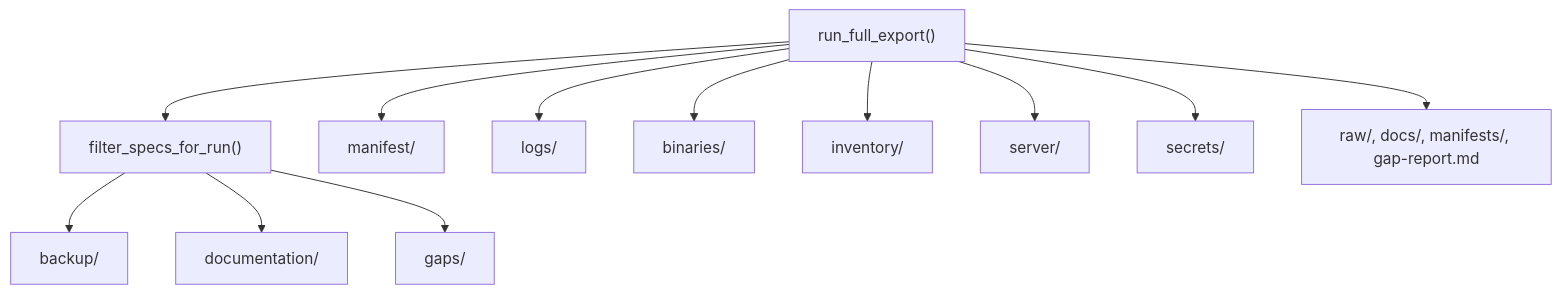
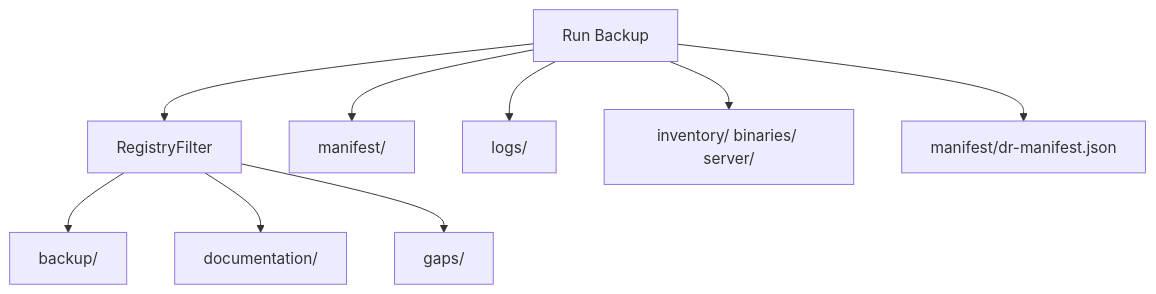
One commit to roto31/jamf-dossier changed the diagram in docs/output/index.md. Above: the diagram before and after it, drawn with Mermaid. The commit also changed other lines of this file and 26 other files, not shown here.

First line of the commit message:
docs: v0.4.0 consumer pages, Mermaid, and nav parity

````diff
--- a/docs/output/index.md
+++ b/docs/output/index.md
@@ -33,14 +21,11 @@
 ```mermaid
 flowchart TB
-  Export["run_full_export()"] --> Filter["filter_specs_for_run()"]
+  Export["Run Backup"] --> Filter["RegistryFilter"]
   Filter --> Backup["backup/"]
   Filter --> Docs["documentation/"]
   Export --> Manifest["manifest/"]
   Filter --> Gaps["gaps/"]
   Export --> Logs["logs/"]
-  Export --> Bin["binaries/"]
-  Export --> Inv["inventory/"]
-  Export --> Srv["server/"]
-  Export --> Sec["secrets/"]
-  Export --> Legacy["raw/, docs/, manifests/, gap-report.md"]
+  Export --> Optional["inventory/ binaries/ server/"]
+  Export --> DRMan["manifest/dr-manifest.json"]
 ```
````
